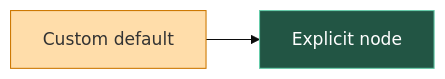
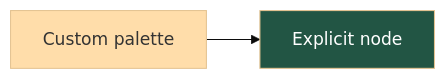
The diagram in crates/mermaid_render/README.md (lucaschoeneberg/zed), drawn with Mermaid before and after one commit. The commit also changed other lines of this file and 6 other files, not shown here.

Commit message:
Limit Mermaid theme changes to color precedence

````diff
--- a/crates/mermaid_render/README.md
+++ b/crates/mermaid_render/README.md
@@ -20,12 +10,11 @@
 ```mermaid
 ---
 config:
   theme: base
   themeVariables:
     primaryColor: '#ffddaa'
-    primaryBorderColor: '#cc7700'
 ---
 flowchart LR
-  A[Custom default] --> B[Explicit node]
-  style B fill:#225544,stroke:#66ccaa,color:#ffffff
+  A[Custom palette] --> B[Explicit node]
+  style B fill:#225544,color:#ffffff
 ```
````
